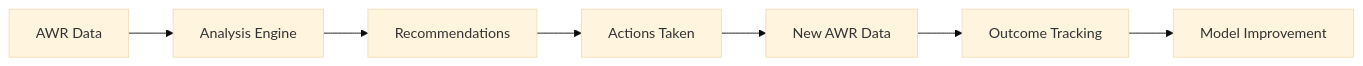
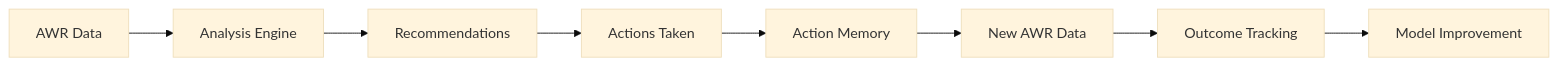
One commit to PeterR-ORCL/agentic-ai-awr-advisor changed the fourth of 4 diagrams in README.md. Above: the diagram before and after it, drawn with Mermaid (base theme). The commit also changed other lines of this file, not shown here.

Commit message:
README: update to tags and AWR Diagram

````diff
--- a/README.md
+++ b/README.md
@@ -414,9 +459,10 @@
 ```mermaid
 flowchart LR
     A[AWR Data] --> B[Analysis Engine]
     B --> C[Recommendations]
     C --> D[Actions Taken]
-    D --> E[New AWR Data]
-    E --> F[Outcome Tracking]
-    F --> G[Model Improvement]
+    D --> E[Action Memory]
+    E --> F[New AWR Data]
+    F --> G[Outcome Tracking]
+    G --> H[Model Improvement]
 ```
````
